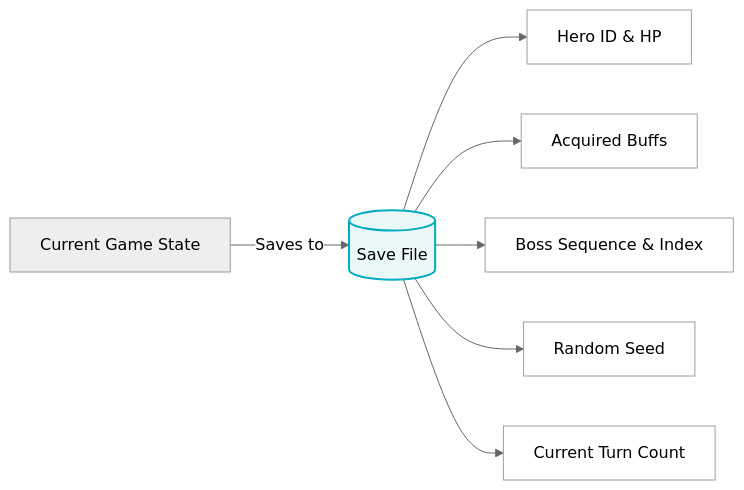
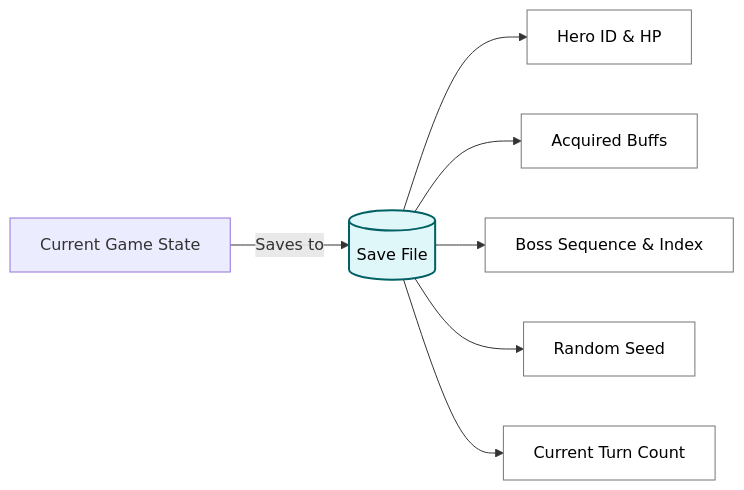
The second of 2 diagrams in README.md (IcyCrucifix/COMP2113_Group66), drawn with Mermaid before and after one commit. The commit also changed other lines of this file, not shown here.

````diff
--- a/README.md
+++ b/README.md
@@ -227,16 +227,16 @@
 ```mermaid
-%%{init: {'theme': 'neutral'}}%%
+%%{init: {'theme': 'default'}}%%
 graph LR
     A[Current Game State] -->|Saves to| B[(Save File)]
     B --> C[Hero ID & HP]
     B --> D[Acquired Buffs]
     B --> E[Boss Sequence & Index]
     B --> F[Random Seed]
     B --> G[Current Turn Count]
 
-    classDef file fill:#00acc115,stroke:#00acc1,stroke-width:2px,color:inherit;
-    classDef data fill:none,stroke:#9e9e9e,stroke-width:1px,color:inherit;
+    classDef file fill:#e0f7fa,stroke:#006064,color:#000000,stroke-width:2px;
+    classDef data fill:#ffffff,stroke:#757575,color:#000000,stroke-width:1px;
 
     class B file;
     class C,D,E,F,G data;
 ```
````
